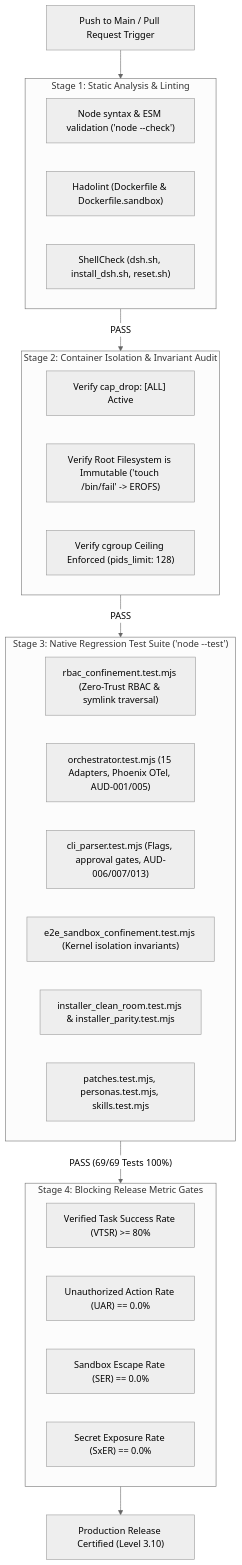
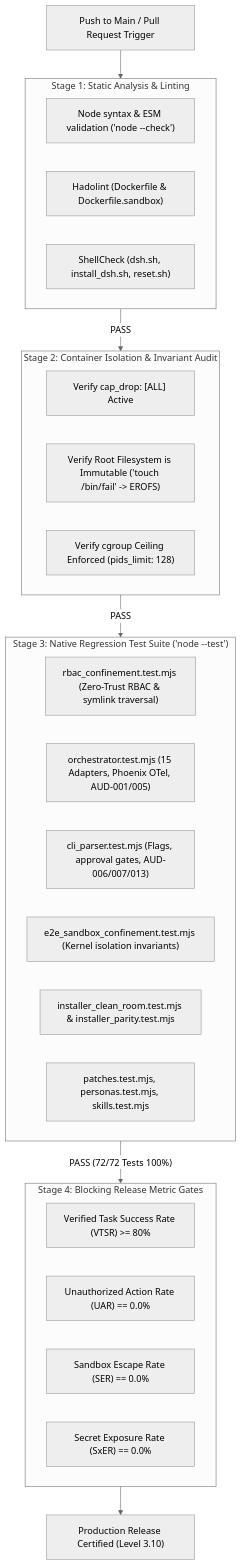
The fourth of 5 diagrams in docs/future-development/SOTA-ResearchReport-ProductionArch.md (hdjebar/DSH-DDS), drawn with Mermaid (neutral theme) before and after one commit. The commit also changed other lines of this file and 10 other files, not shown here.

````diff
--- a/docs/future-development/SOTA-ResearchReport-ProductionArch.md
+++ b/docs/future-development/SOTA-ResearchReport-ProductionArch.md
@@ -324,40 +324,40 @@
 ```mermaid
 flowchart TD
     PR["Push to Main / Pull Request Trigger"] --> Stage1
 
     subgraph Stage1["Stage 1: Static Analysis & Linting"]
         Syntax["Node syntax & ESM validation ('node --check')"]
         Hadolint["Hadolint (Dockerfile & Dockerfile.sandbox)"]
         ShellCheck["ShellCheck (dsh.sh, install_dsh.sh, reset.sh)"]
     end
 
     Stage1 -->|"PASS"| Stage2
 
     subgraph Stage2["Stage 2: Container Isolation & Invariant Audit"]
         CapDrop["Verify cap_drop: [ALL] Active"]
         RootFS["Verify Root Filesystem is Immutable ('touch /bin/fail' -> EROFS)"]
         Pids["Verify cgroup Ceiling Enforced (pids_limit: 128)"]
     end
 
     Stage2 -->|"PASS"| Stage3
 
     subgraph Stage3["Stage 3: Native Regression Test Suite ('node --test')"]
         Suite1["rbac_confinement.test.mjs (Zero-Trust RBAC & symlink traversal)"]
         Suite2["orchestrator.test.mjs (15 Adapters, Phoenix OTel, AUD-001/005)"]
         Suite3["cli_parser.test.mjs (Flags, approval gates, AUD-006/007/013)"]
         Suite4["e2e_sandbox_confinement.test.mjs (Kernel isolation invariants)"]
         Suite5["installer_clean_room.test.mjs & installer_parity.test.mjs"]
         Suite6["patches.test.mjs, personas.test.mjs, skills.test.mjs"]
     end
 
-    Stage3 -->|"PASS (69/69 Tests 100%)"| Stage4
+    Stage3 -->|"PASS (72/72 Tests 100%)"| Stage4
 
     subgraph Stage4["Stage 4: Blocking Release Metric Gates"]
         VTSR["Verified Task Success Rate (VTSR) >= 80%"]
         UAR["Unauthorized Action Rate (UAR) == 0.0%"]
         SER["Sandbox Escape Rate (SER) == 0.0%"]
         SxER["Secret Exposure Rate (SxER) == 0.0%"]
     end
 
     Stage4 --> Approved["Production Release Certified (Level 3.10)"]
 ```
````
